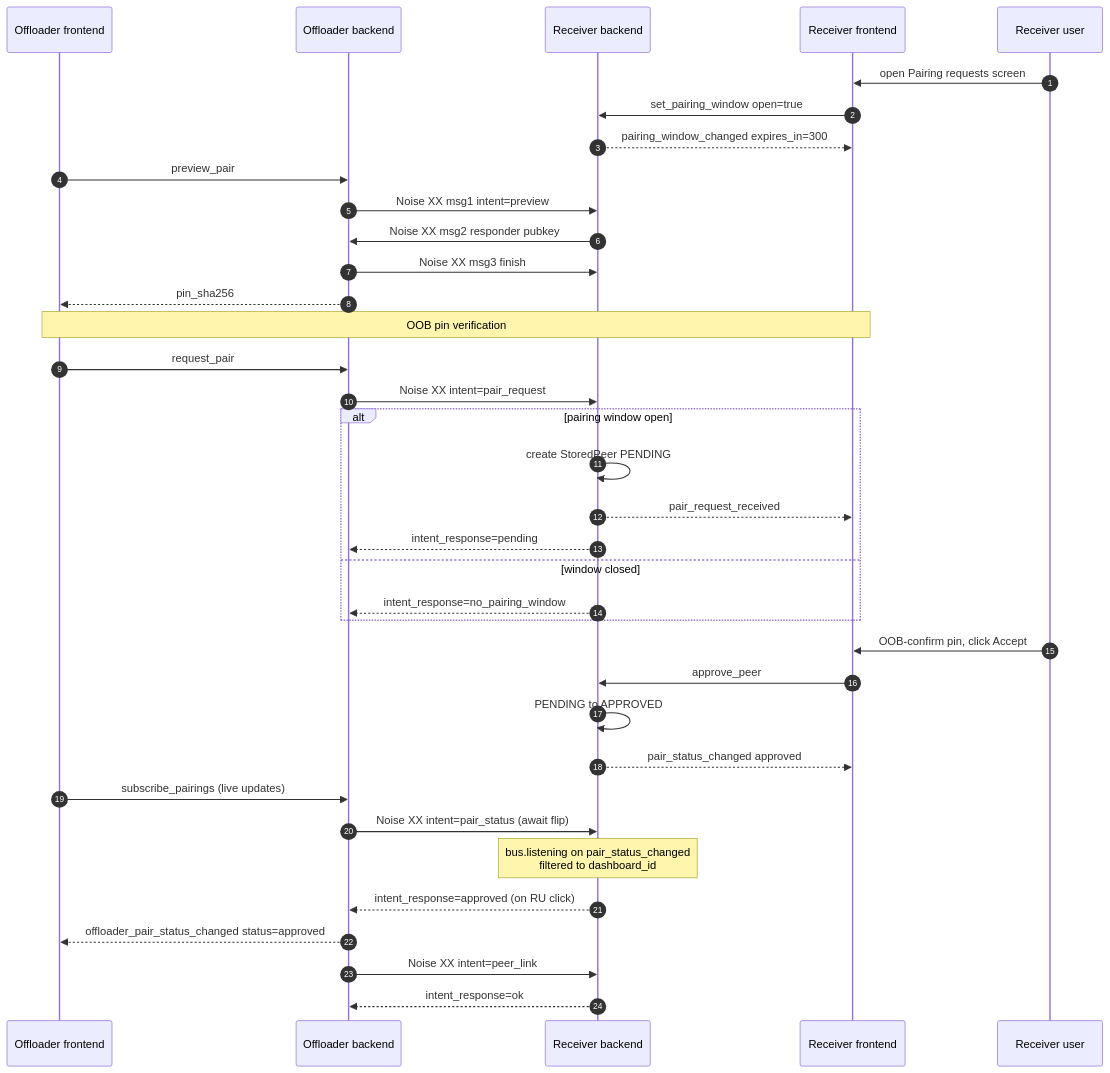
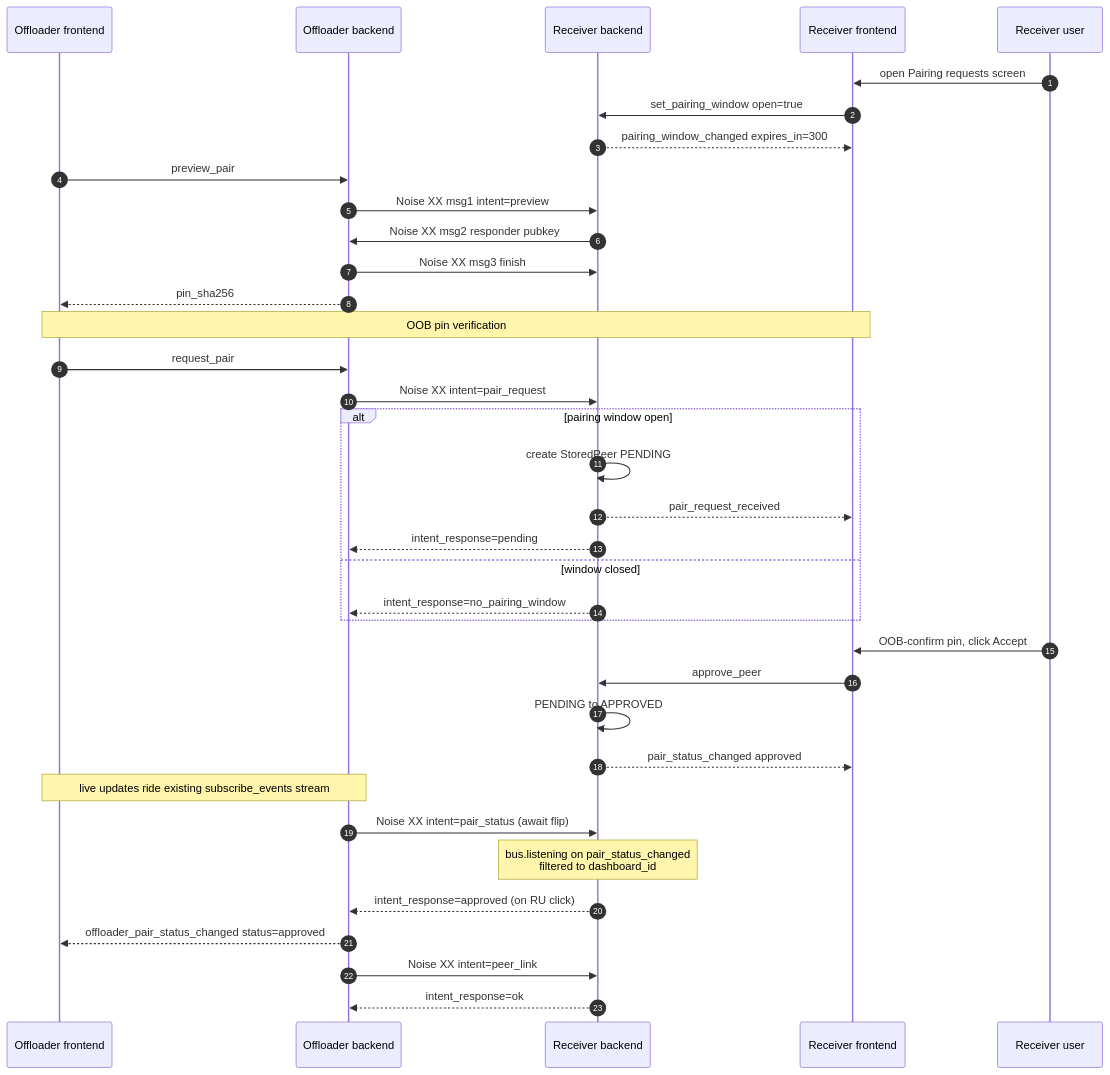
Before and after one commit to esphome/device-builder: the diagram in docs/ARCHITECTURE.md, drawn with Mermaid. The commit also changed other lines of this file and 5 other files, not shown here.

````diff
--- a/docs/ARCHITECTURE.md
+++ b/docs/ARCHITECTURE.md
@@ -280,45 +280,45 @@
 ```mermaid
 sequenceDiagram
     autonumber
     participant OF as Offloader frontend
     participant OB as Offloader backend
     participant RB as Receiver backend
     participant RF as Receiver frontend
     participant RU as Receiver user
 
     RU->>RF: open Pairing requests screen
     RF->>RB: set_pairing_window open=true
     RB-->>RF: pairing_window_changed expires_in=300
 
     OF->>OB: preview_pair
     OB->>RB: Noise XX msg1 intent=preview
     RB->>OB: Noise XX msg2 responder pubkey
     OB->>RB: Noise XX msg3 finish
     OB-->>OF: pin_sha256
 
     Note over OF,RF: OOB pin verification
 
     OF->>OB: request_pair
     OB->>RB: Noise XX intent=pair_request
     alt pairing window open
         RB->>RB: create StoredPeer PENDING
         RB-->>RF: pair_request_received
         RB-->>OB: intent_response=pending
     else window closed
         RB-->>OB: intent_response=no_pairing_window
     end
 
     RU->>RF: OOB-confirm pin, click Accept
     RF->>RB: approve_peer
     RB->>RB: PENDING to APPROVED
     RB-->>RF: pair_status_changed approved
 
-    OF->>OB: subscribe_pairings (live updates)
+    Note over OF,OB: live updates ride existing subscribe_events stream
     OB->>RB: Noise XX intent=pair_status (await flip)
     Note over RB: bus.listening on pair_status_changed<br/>filtered to dashboard_id
     RB-->>OB: intent_response=approved (on RU click)
     OB-->>OF: offloader_pair_status_changed status=approved
 
     OB->>RB: Noise XX intent=peer_link
     RB-->>OB: intent_response=ok
 ```
````
